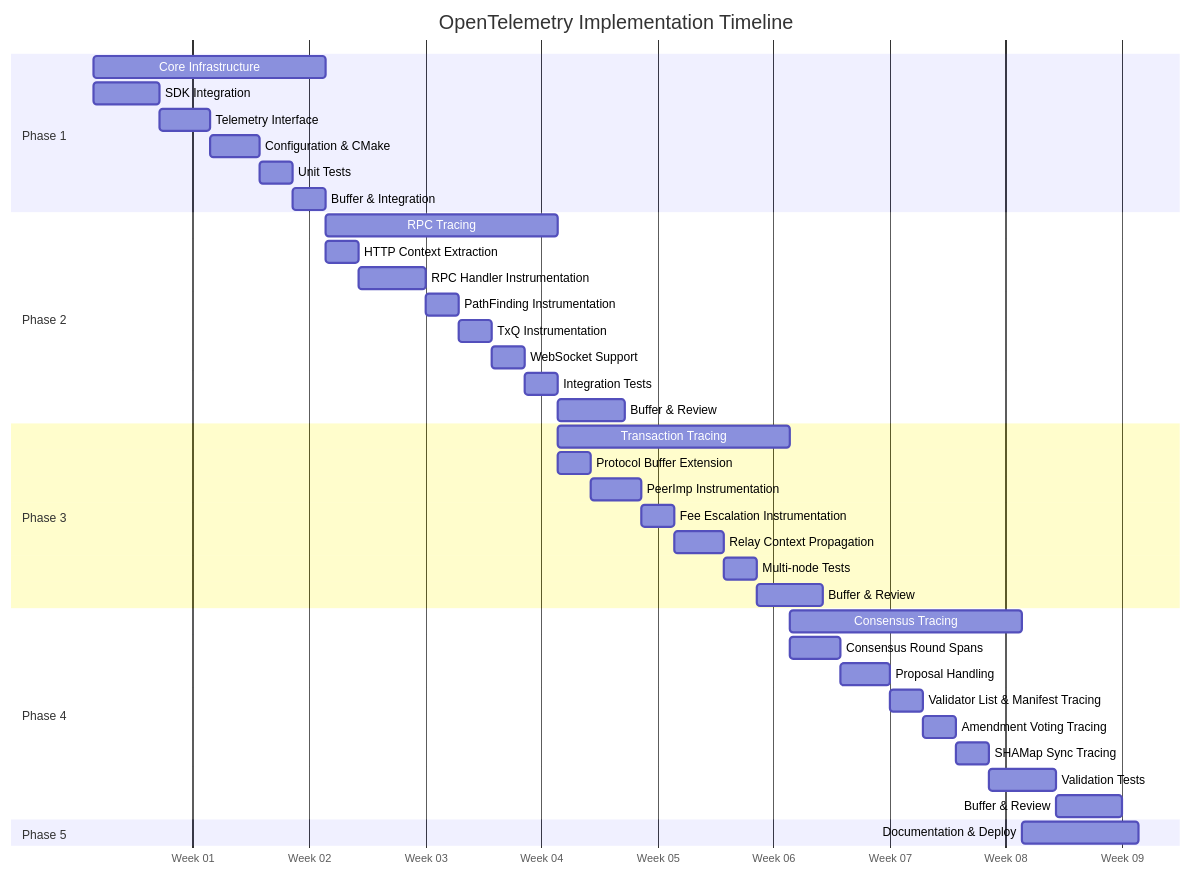
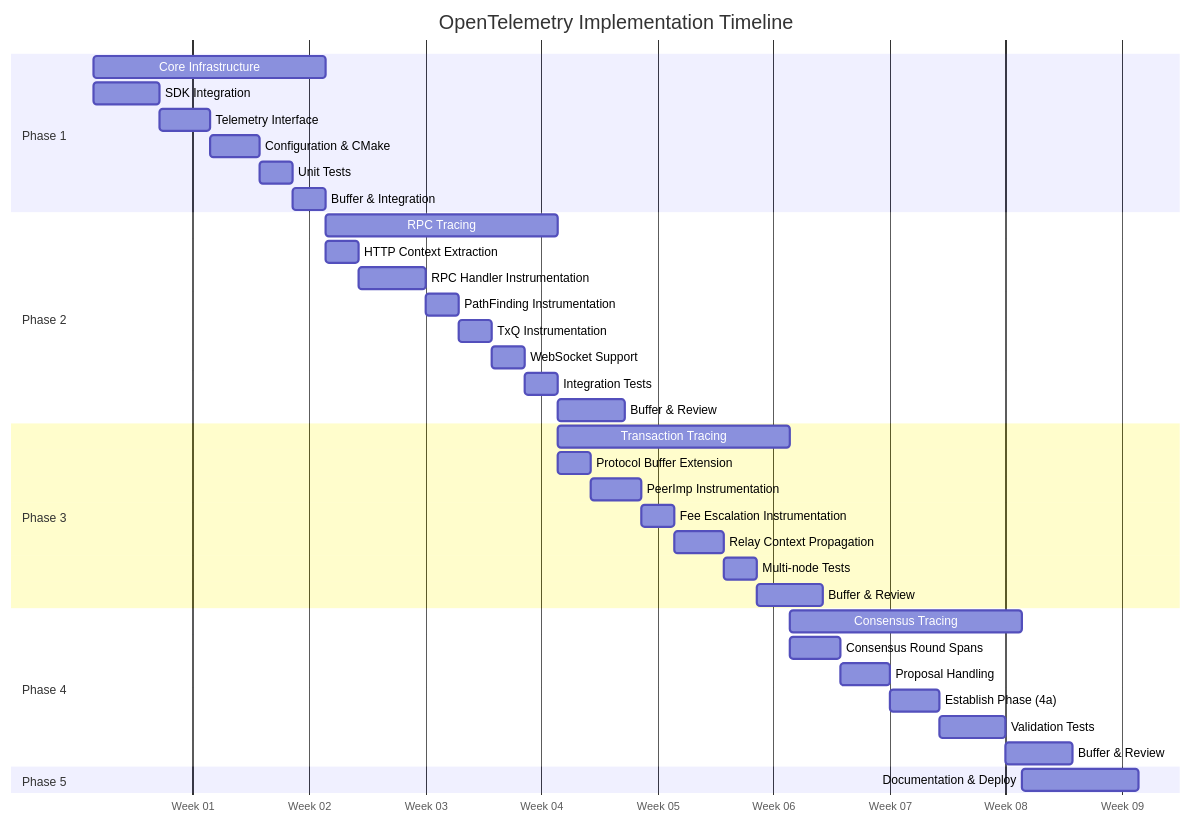
One commit to XRPLF/rippled changed the first of 5 diagrams in OpenTelemetryPlan/06-implementation-phases.md. Above: the diagram before and after it, drawn with Mermaid. The commit also changed other lines of this file and 1 other file, not shown here.

````diff
--- a/OpenTelemetryPlan/06-implementation-phases.md
+++ b/OpenTelemetryPlan/06-implementation-phases.md
@@ -12,46 +12,44 @@
 ```mermaid
 gantt
     title OpenTelemetry Implementation Timeline
     dateFormat  YYYY-MM-DD
     axisFormat  Week %W
 
     section Phase 1
     Core Infrastructure        :p1, 2024-01-01, 2w
     SDK Integration           :p1a, 2024-01-01, 4d
     Telemetry Interface       :p1b, after p1a, 3d
     Configuration & CMake     :p1c, after p1b, 3d
     Unit Tests                :p1d, after p1c, 2d
     Buffer & Integration      :p1e, after p1d, 2d
 
     section Phase 2
     RPC Tracing               :p2, after p1, 2w
     HTTP Context Extraction   :p2a, after p1, 2d
     RPC Handler Instrumentation :p2b, after p2a, 4d
     PathFinding Instrumentation :p2f, after p2b, 2d
     TxQ Instrumentation       :p2g, after p2f, 2d
     WebSocket Support         :p2c, after p2g, 2d
     Integration Tests         :p2d, after p2c, 2d
     Buffer & Review           :p2e, after p2d, 4d
 
     section Phase 3
     Transaction Tracing       :p3, after p2, 2w
     Protocol Buffer Extension :p3a, after p2, 2d
     PeerImp Instrumentation   :p3b, after p3a, 3d
     Fee Escalation Instrumentation :p3f, after p3b, 2d
     Relay Context Propagation :p3c, after p3f, 3d
     Multi-node Tests          :p3d, after p3c, 2d
     Buffer & Review           :p3e, after p3d, 4d
 
     section Phase 4
     Consensus Tracing         :p4, after p3, 2w
     Consensus Round Spans     :p4a, after p3, 3d
     Proposal Handling         :p4b, after p4a, 3d
-    Validator List & Manifest Tracing :p4f, after p4b, 2d
-    Amendment Voting Tracing  :p4g, after p4f, 2d
-    SHAMap Sync Tracing       :p4h, after p4g, 2d
-    Validation Tests          :p4c, after p4h, 4d
+    Establish Phase (4a)      :p4f, after p4b, 3d
+    Validation Tests          :p4c, after p4f, 4d
     Buffer & Review           :p4e, after p4c, 4d
 
     section Phase 5
     Documentation & Deploy    :p5, after p4, 1w
 ```
````
